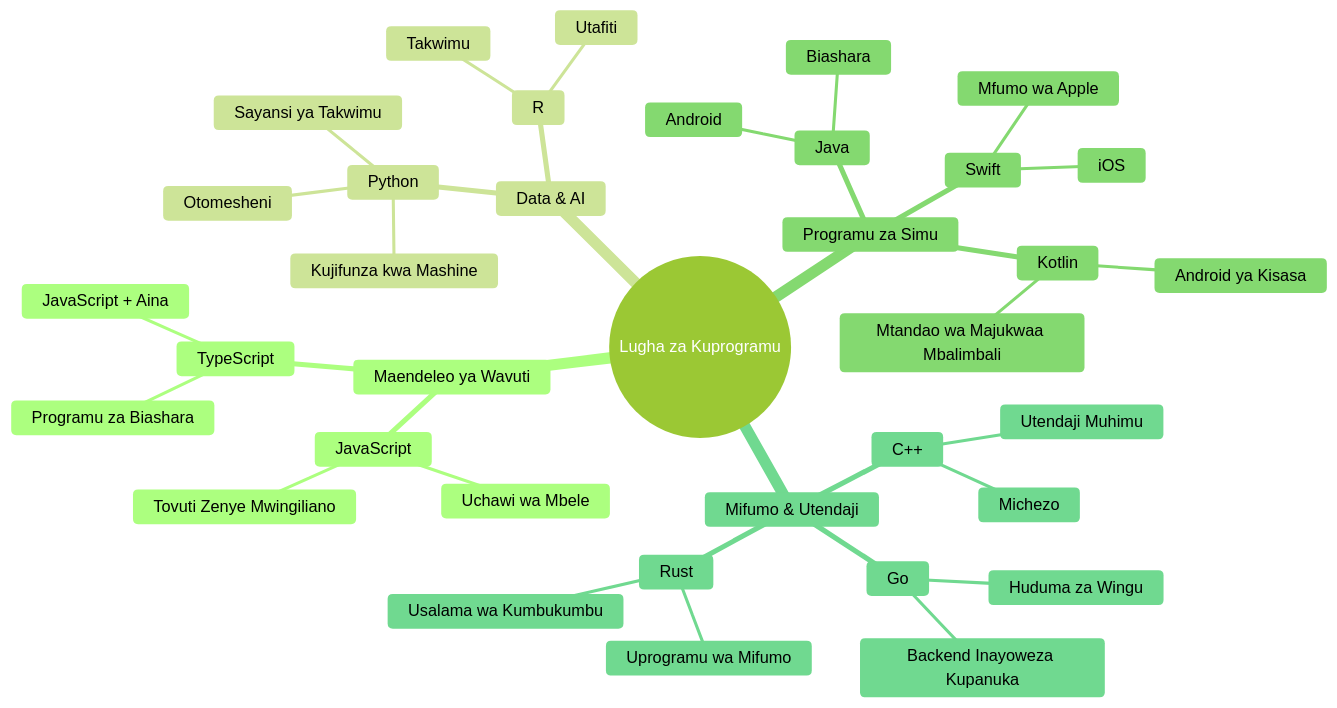
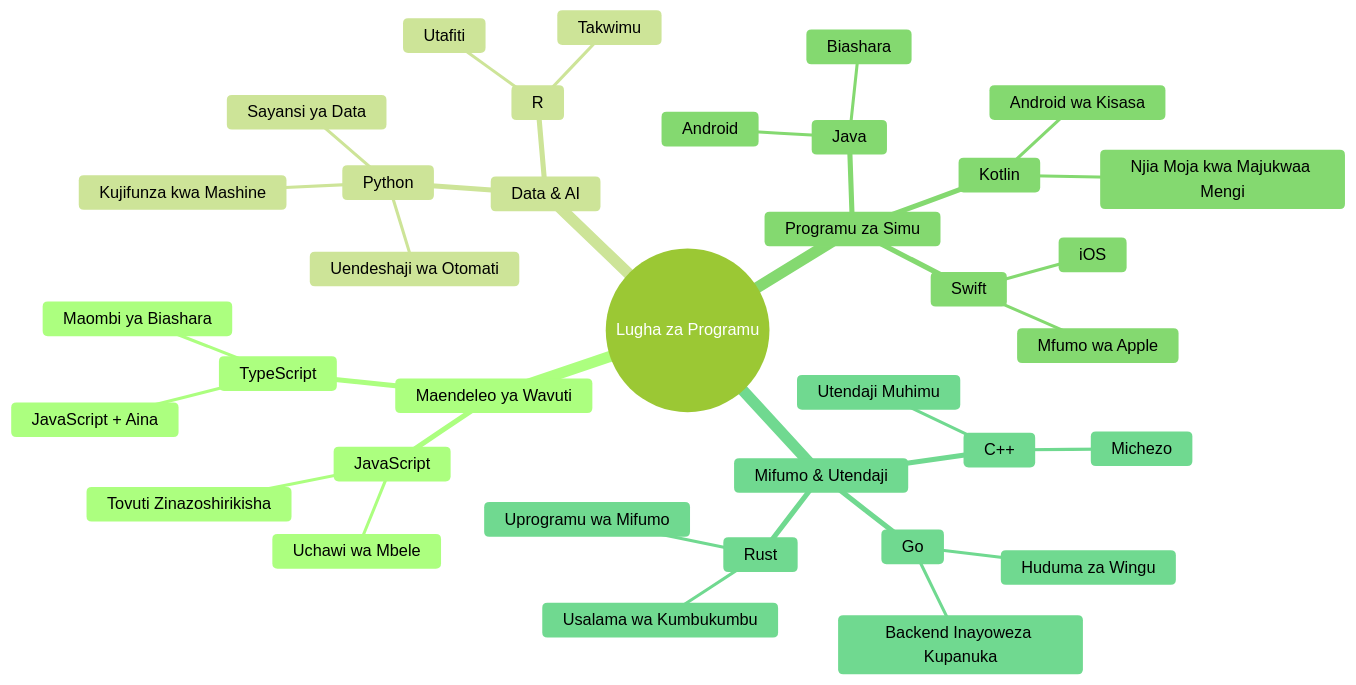
Before and after one commit to microsoft/Web-Dev-For-Beginners: the second of 7 diagrams in translations/sw/1-getting-started-lessons/1-intro-to-programming-languages/README.md, drawn with Mermaid (forest theme). The commit also changed other lines of this file and 8 other files, not shown here.

````diff
--- a/translations/sw/1-getting-started-lessons/1-intro-to-programming-languages/README.md
+++ b/translations/sw/1-getting-started-lessons/1-intro-to-programming-languages/README.md
@@ -85,39 +85,39 @@
 ```mermaid
 mindmap
-  root((Lugha za Kuprogramu))
+  root((Lugha za Programu))
     Maendeleo ya Wavuti
       JavaScript
         Uchawi wa Mbele
-        Tovuti Zenye Mwingiliano
+        Tovuti Zinazoshirikisha
       TypeScript
         JavaScript + Aina
-        Programu za Biashara
+        Maombi ya Biashara
     Data & AI
       Python
-        Sayansi ya Takwimu
+        Sayansi ya Data
         Kujifunza kwa Mashine
-        Otomesheni
+        Uendeshaji wa Otomati
       R
         Takwimu
         Utafiti
     Programu za Simu
       Java
         Android
         Biashara
       Swift
         iOS
         Mfumo wa Apple
       Kotlin
-        Android ya Kisasa
-        Mtandao wa Majukwaa Mbalimbali
+        Android wa Kisasa
+        Njia Moja kwa Majukwaa Mengi
     Mifumo & Utendaji
       C++
         Michezo
         Utendaji Muhimu
       Rust
         Usalama wa Kumbukumbu
         Uprogramu wa Mifumo
       Go
         Huduma za Wingu
         Backend Inayoweza Kupanuka
 ```
````
